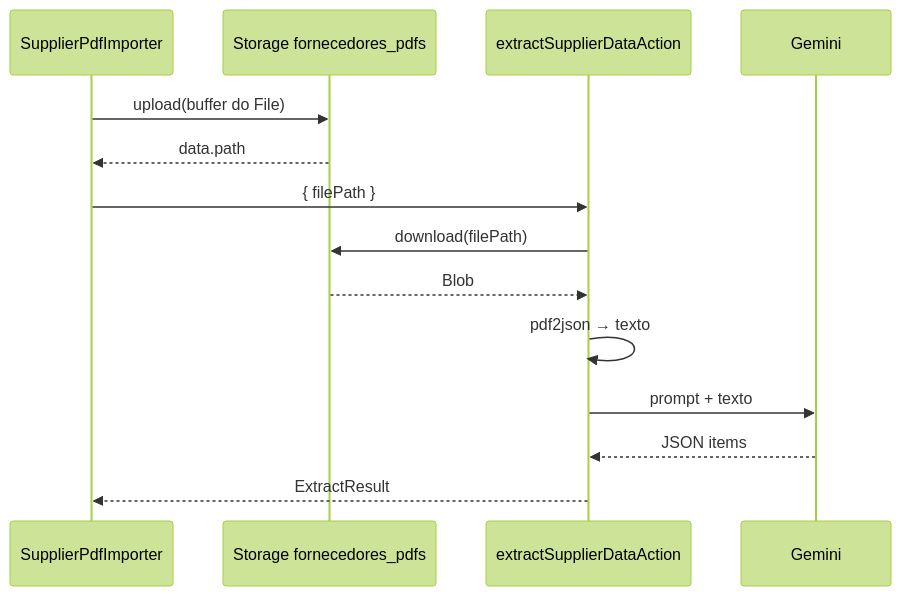
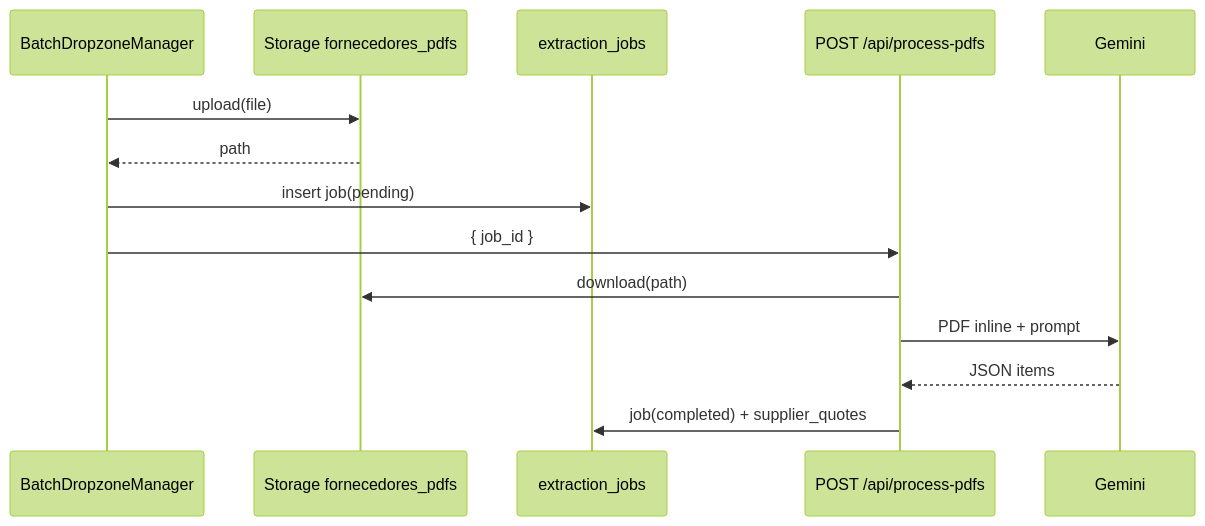
One commit to Paulodev-web/OrcaRedeV1 changed the second of 2 diagrams in ARCHITECTURE.md. Above: the diagram before and after it, drawn with Mermaid (forest theme). The commit also changed other lines of this file and 14 other files, not shown here.

````diff
--- a/ARCHITECTURE.md
+++ b/ARCHITECTURE.md
@@ -228,17 +230,17 @@
 ```mermaid
 sequenceDiagram
-  participant UI as SupplierPdfImporter
+  participant UI as BatchDropzoneManager
   participant St as Storage fornecedores_pdfs
-  participant SA as extractSupplierDataAction
+  participant DB as extraction_jobs
+  participant API as POST /api/process-pdfs
   participant AI as Gemini
 
-  UI->>St: upload(buffer do File)
-  St-->>UI: data.path
-  UI->>SA: { filePath }
-  SA->>St: download(filePath)
-  St-->>SA: Blob
-  SA->>SA: pdf2json → texto
-  SA->>AI: prompt + texto
-  AI-->>SA: JSON items
-  SA-->>UI: ExtractResult
+  UI->>St: upload(file)
+  St-->>UI: path
+  UI->>DB: insert job(pending)
+  UI->>API: { job_id }
+  API->>St: download(path)
+  API->>AI: PDF inline + prompt
+  AI-->>API: JSON items
+  API->>DB: job(completed) + supplier_quotes
 ```
````
